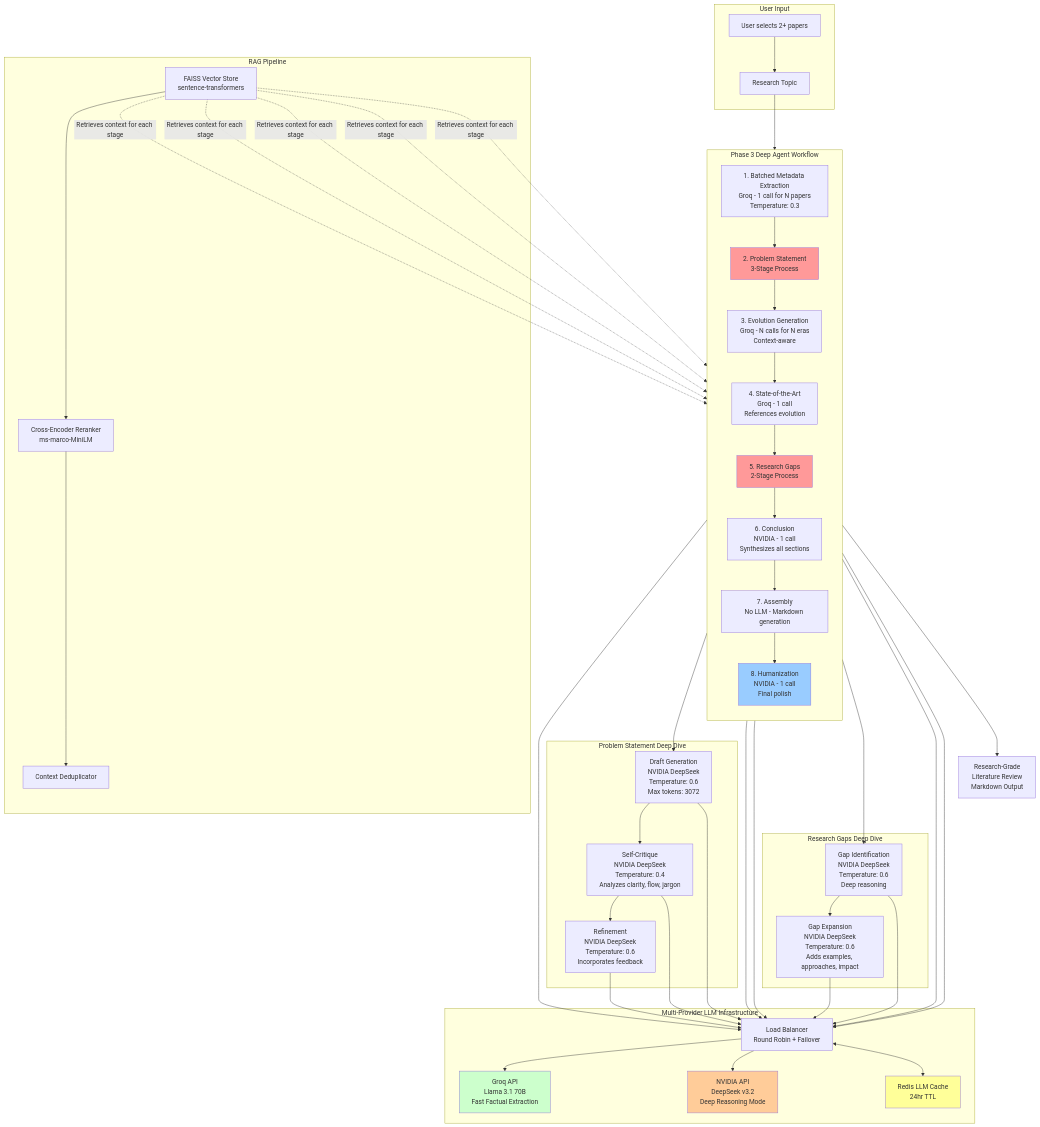
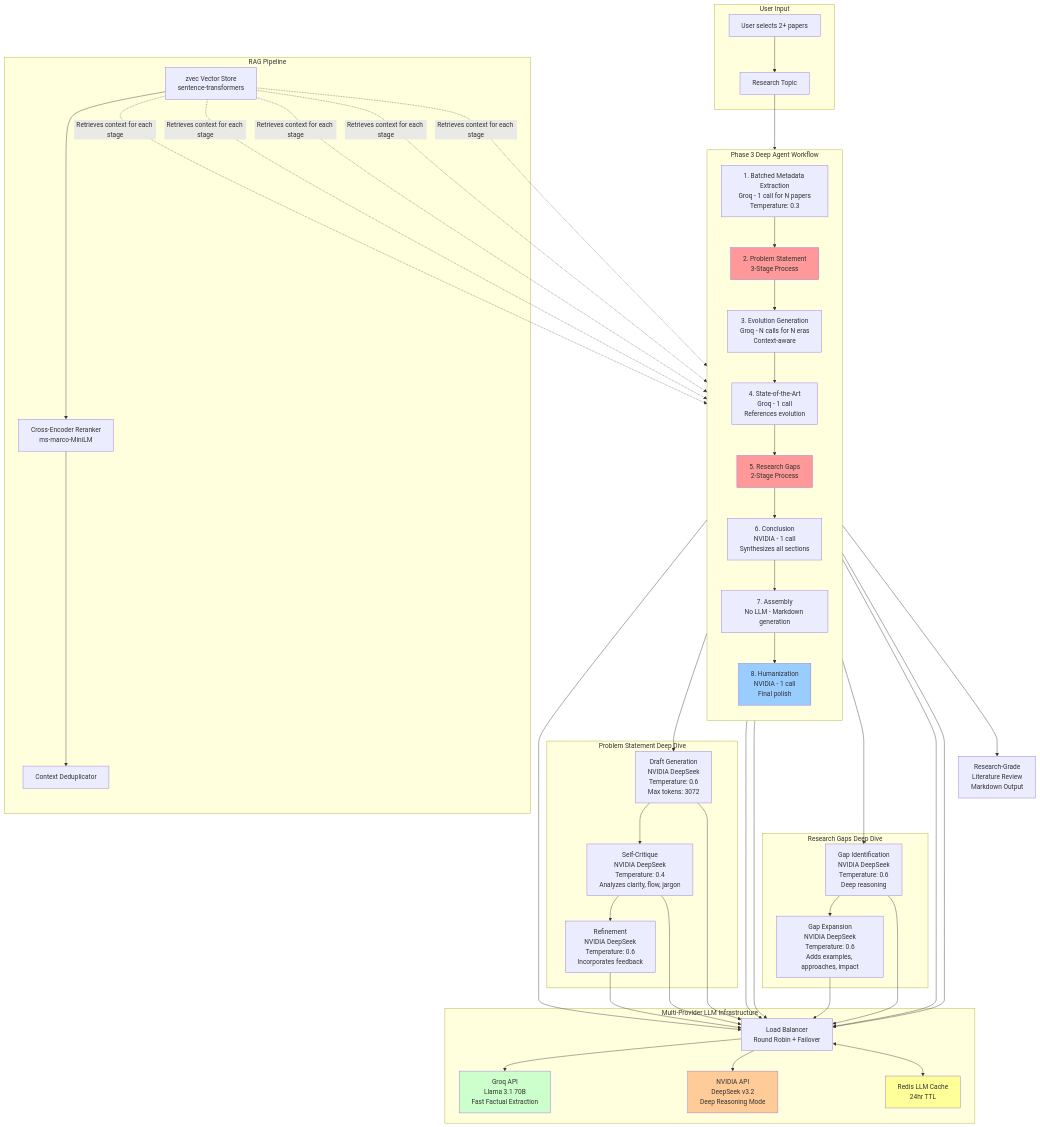
Before and after one commit to alMohimanul/PRISM: the diagram in docs/PHASE3_LITERATURE_REVIEW_DEEP_AGENT.md, drawn with Mermaid. The commit also changed other lines of this file and 31 other files, not shown here.

First line of the commit message:
refactor: Transition from FAISS to zvec for vector storage and implement paper comparison feature

```diff
--- a/docs/PHASE3_LITERATURE_REVIEW_DEEP_AGENT.md
+++ b/docs/PHASE3_LITERATURE_REVIEW_DEEP_AGENT.md
@@ -26,7 +26,7 @@
     end
 
     subgraph "RAG Pipeline"
-        VS[FAISS Vector Store<br/>sentence-transformers]
+        VS[zvec Vector Store<br/>sentence-transformers]
         RR[Cross-Encoder Reranker<br/>ms-marco-MiniLM]
         DD[Context Deduplicator]
 
```
